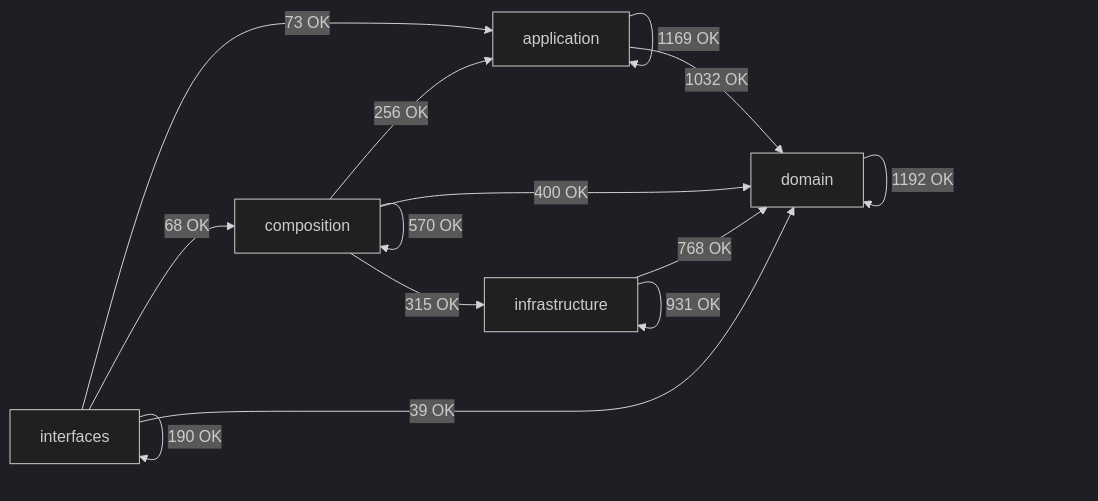
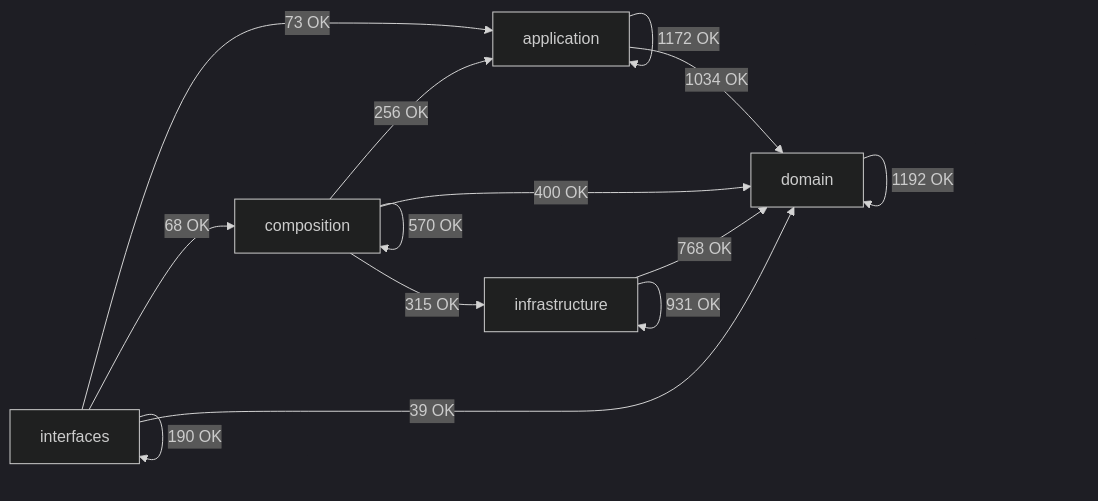
One commit to SatoryKono/BioactivityDataAcquisition changed the diagram in docs/02-architecture/generated/module-dependency-map.md. Above: the diagram before and after it, drawn with Mermaid (dark theme). The commit also changed other lines of this file and 11 other files, not shown here.

````diff
--- a/docs/02-architecture/generated/module-dependency-map.md
+++ b/docs/02-architecture/generated/module-dependency-map.md
@@ -17,21 +17,21 @@
 ```mermaid
 flowchart LR
     domain[domain]
     application[application]
     infrastructure[infrastructure]
     composition[composition]
     interfaces[interfaces]
-    application -->|1169 OK| application
-    application -->|1032 OK| domain
+    application -->|1172 OK| application
+    application -->|1034 OK| domain
     composition -->|256 OK| application
     composition -->|570 OK| composition
     composition -->|400 OK| domain
     composition -->|315 OK| infrastructure
     domain -->|1192 OK| domain
     infrastructure -->|768 OK| domain
     infrastructure -->|931 OK| infrastructure
     interfaces -->|73 OK| application
     interfaces -->|68 OK| composition
     interfaces -->|39 OK| domain
     interfaces -->|190 OK| interfaces
 ```
````
